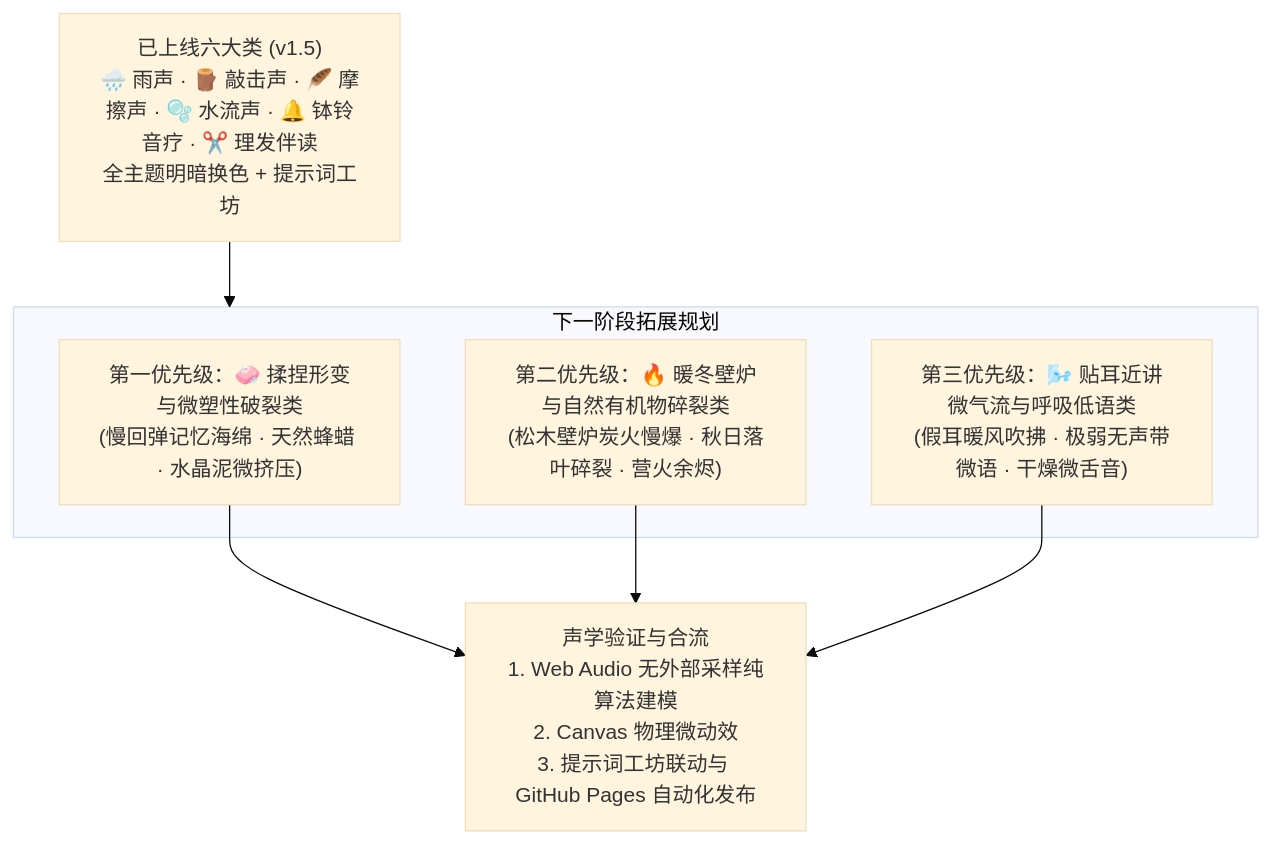
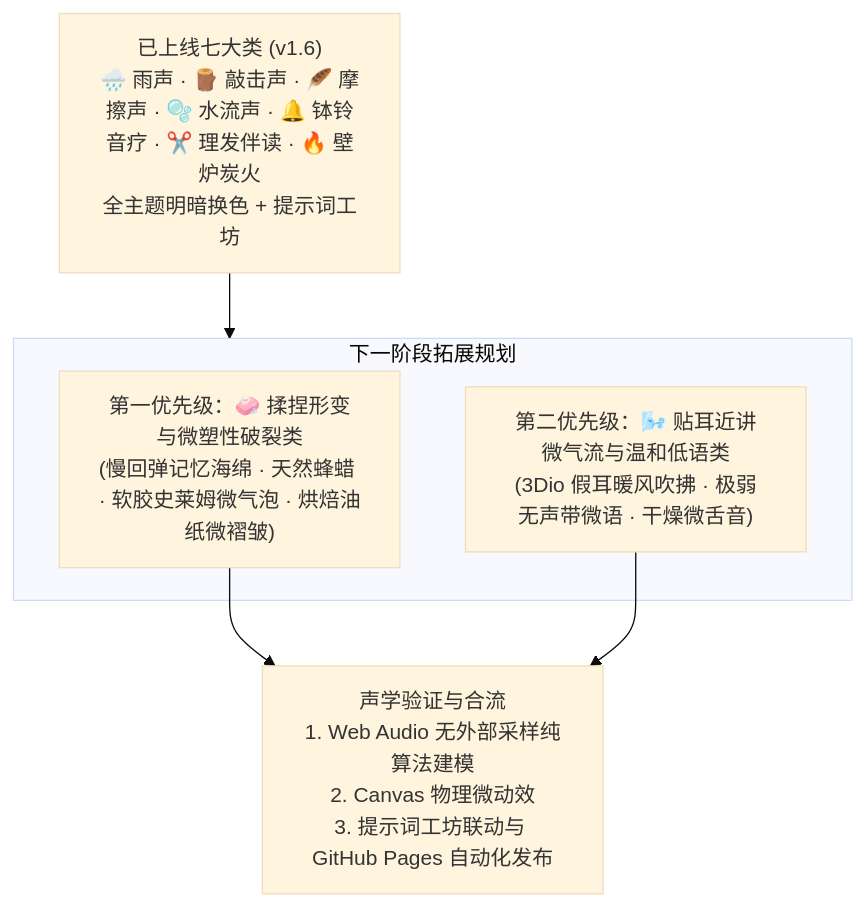
The diagram in docs/ai-asmr-expansion-plan.md (single5240/single5240.github.io), drawn with Mermaid (base theme) before and after one commit. The commit also changed other lines of this file and 2 other files, not shown here.

Commit message:
feat(asmr): 新增暖冬壁炉炭火微爆与自然碎裂大类及双耳热对流合成器

````diff
--- a/docs/ai-asmr-expansion-plan.md
+++ b/docs/ai-asmr-expansion-plan.md
@@ -115,14 +116,12 @@
 ```mermaid
 flowchart TD
-    Current["已上线六大类 (v1.5)<br>🌧️ 雨声 · 🪵 敲击声 · 🪶 摩擦声 · 🫧 水流声 · 🔔 钵铃音疗 · ✂️ 理发伴读<br>全主题明暗换色 + 提示词工坊"] --> NextPhase
+    Current["已上线七大类 (v1.6)<br>🌧️ 雨声 · 🪵 敲击声 · 🪶 摩擦声 · 🫧 水流声 · 🔔 钵铃音疗 · ✂️ 理发伴读 · 🔥 壁炉炭火<br>全主题明暗换色 + 提示词工坊"] --> NextPhase
     
     subgraph NextPhase["下一阶段拓展规划"]
-        P4["第一优先级：🧼 揉捏形变与微塑性破裂类<br>(慢回弹记忆海绵 · 天然蜂蜡 · 水晶泥微挤压)"]
-        P5["第二优先级：🔥 暖冬壁炉与自然有机物碎裂类<br>(松木壁炉炭火慢爆 · 秋日落叶碎裂 · 营火余烬)"]
-        P6["第三优先级：🌬️ 贴耳近讲微气流与呼吸低语类<br>(假耳暖风吹拂 · 极弱无声带微语 · 干燥微舌音)"]
+        P1["第一优先级：🧼 揉捏形变与微塑性破裂类<br>(慢回弹记忆海绵 · 天然蜂蜡 · 软胶史莱姆微气泡 · 烘焙油纸微褶皱)"]
+        P2["第二优先级：🌬️ 贴耳近讲微气流与温和低语类<br>(3Dio 假耳暖风吹拂 · 极弱无声带微语 · 干燥微舌音)"]
     end
     
-    P4 --> Verification["声学验证与合流<br>1. Web Audio 无外部采样纯算法建模<br>2. Canvas 物理微动效<br>3. 提示词工坊联动与 GitHub Pages 自动化发布"]
-    P5 --> Verification
-    P6 --> Verification
+    P1 --> Verification["声学验证与合流<br>1. Web Audio 无外部采样纯算法建模<br>2. Canvas 物理微动效<br>3. 提示词工坊联动与 GitHub Pages 自动化发布"]
+    P2 --> Verification
 ```
````
